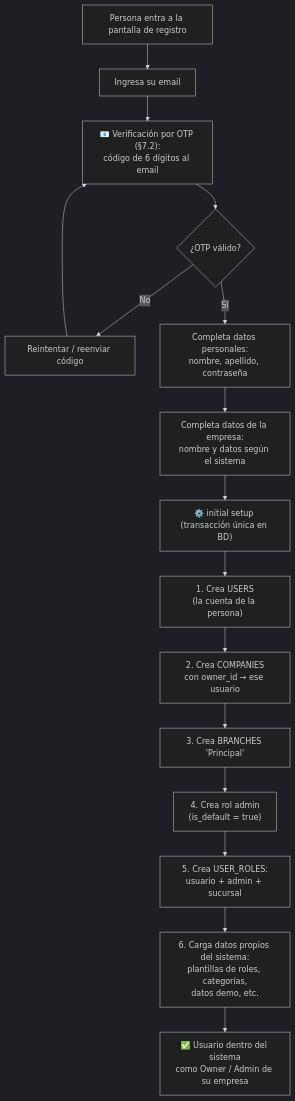
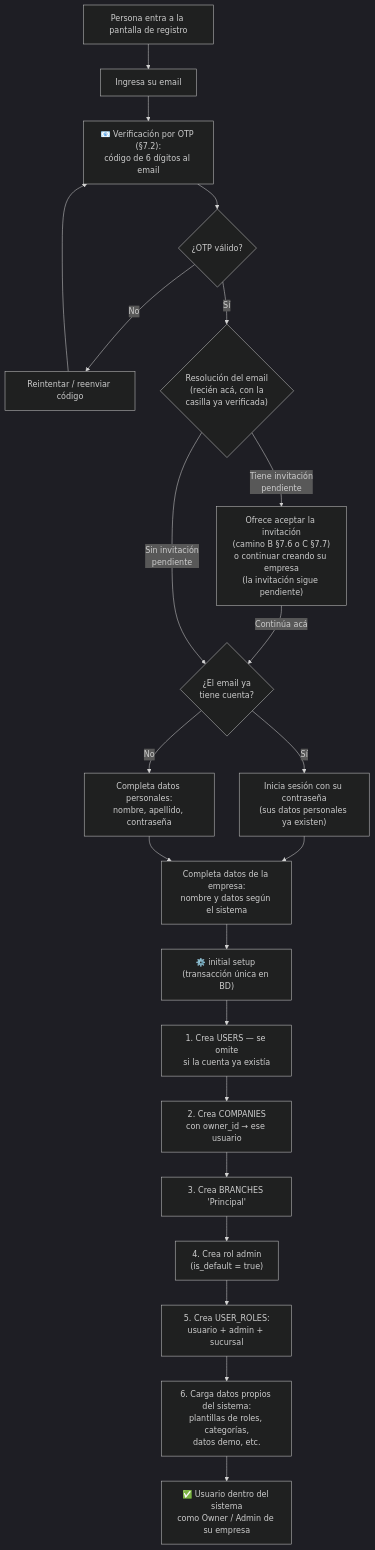
Before and after one commit to Franco98404/database-guidelines: the sixth of 13 diagrams in database-guidelines.md, drawn with Mermaid (dark theme). The commit also changed other lines of this file, not shown here.

First line of the commit message:
Versión 1.4.0: resolución del email en el registro e invitaciones rechazables

````diff
--- a/database-guidelines.md
+++ b/database-guidelines.md
@@ -400,17 +404,23 @@
 ```mermaid
 flowchart TD
     A["Persona entra a la pantalla de registro"] --> B["Ingresa su email"]
     B --> C["📧 Verificación por OTP (§7.2):<br/>código de 6 dígitos al email"]
     C --> D{"¿OTP válido?"}
     D -- No --> C2["Reintentar / reenviar código"] --> C
-    D -- Sí --> E["Completa datos personales:<br/>nombre, apellido, contraseña"]
-    E --> F["Completa datos de la empresa:<br/>nombre y datos según el sistema"]
+    D -- Sí --> V{"Resolución del email<br/>(recién acá, con la<br/>casilla ya verificada)"}
+    V -- "Tiene invitación<br/>pendiente" --> W["Ofrece aceptar la invitación<br/>(camino B §7.6 o C §7.7)<br/>o continuar creando su empresa<br/>(la invitación sigue pendiente)"]
+    W -- "Continúa acá" --> X{"¿El email ya<br/>tiene cuenta?"}
+    V -- "Sin invitación<br/>pendiente" --> X
+    X -- "Sí" --> L["Inicia sesión con su contraseña<br/>(sus datos personales ya existen)"]
+    X -- "No" --> E["Completa datos personales:<br/>nombre, apellido, contraseña"]
+    L --> F["Completa datos de la empresa:<br/>nombre y datos según el sistema"]
+    E --> F
     F --> G["⚙️ initial setup (transacción única en BD)"]
-    G --> G1["1. Crea USERS<br/>(la cuenta de la persona)"]
+    G --> G1["1. Crea USERS — se omite<br/>si la cuenta ya existía"]
     G1 --> G2["2. Crea COMPANIES<br/>con owner_id → ese usuario"]
     G2 --> G3["3. Crea BRANCHES 'Principal'"]
     G3 --> G4["4. Crea rol admin<br/>(is_default = true)"]
     G4 --> G5["5. Crea USER_ROLES:<br/>usuario + admin + sucursal"]
     G5 --> G6["6. Carga datos propios del sistema:<br/>plantillas de roles, categorías,<br/>datos demo, etc."]
     G6 --> H["✅ Usuario dentro del sistema<br/>como Owner / Admin de su empresa"]
 ```
````
